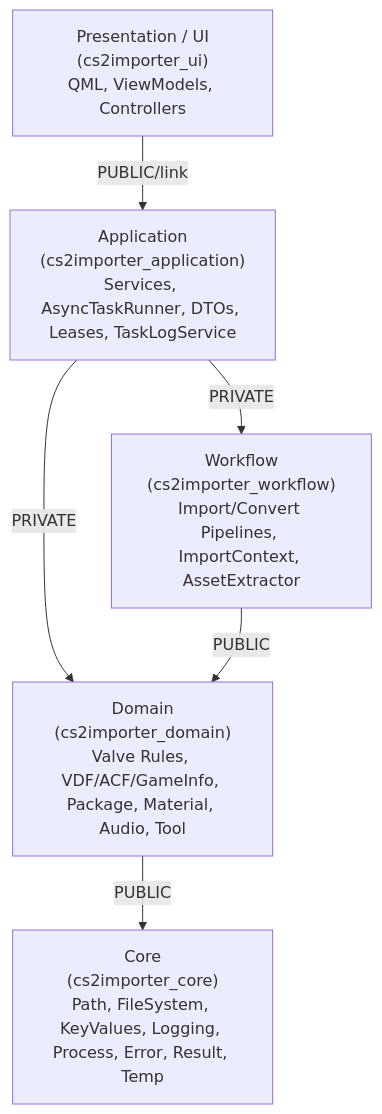
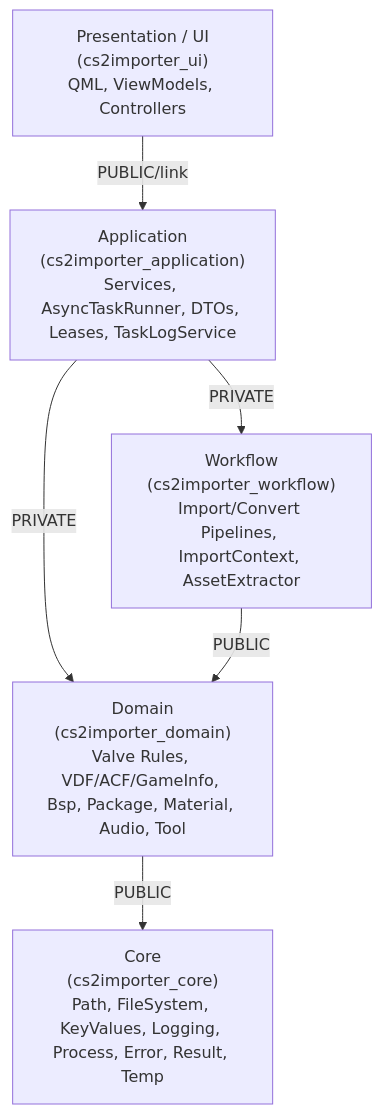
The diagram in ARCHITECTURE.md (LaplaceTor/cs2-map-importer), drawn with Mermaid before and after one commit. The commit also changed other lines of this file and 33 other files, not shown here.

````diff
--- a/ARCHITECTURE.md
+++ b/ARCHITECTURE.md
@@ -9,14 +9,14 @@
 ```mermaid
 flowchart TD
     UI["Presentation / UI<br/>(cs2importer_ui)<br/>QML, ViewModels, Controllers"]
     APP["Application<br/>(cs2importer_application)<br/>Services, AsyncTaskRunner, DTOs, Leases, TaskLogService"]
     WF["Workflow<br/>(cs2importer_workflow)<br/>Import/Convert Pipelines, ImportContext, AssetExtractor"]
-    DOM["Domain<br/>(cs2importer_domain)<br/>Valve Rules, VDF/ACF/GameInfo, Package, Material, Audio, Tool"]
+    DOM["Domain<br/>(cs2importer_domain)<br/>Valve Rules, VDF/ACF/GameInfo, Bsp, Package, Material, Audio, Tool"]
     CORE["Core<br/>(cs2importer_core)<br/>Path, FileSystem, KeyValues, Logging, Process, Error, Result, Temp"]
 
     UI -->|PUBLIC/link| APP
     APP -->|PRIVATE| WF
     APP -->|PRIVATE| DOM
     WF -->|PUBLIC| DOM
     DOM -->|PUBLIC| CORE
 ```
````
